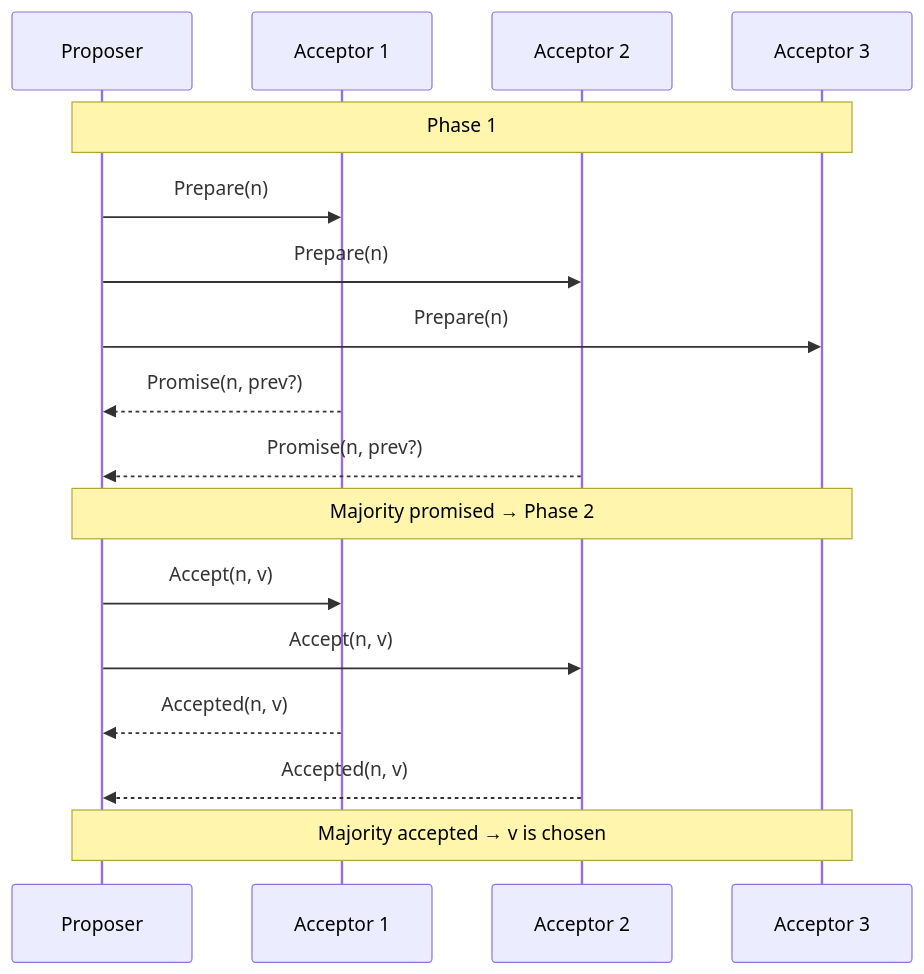
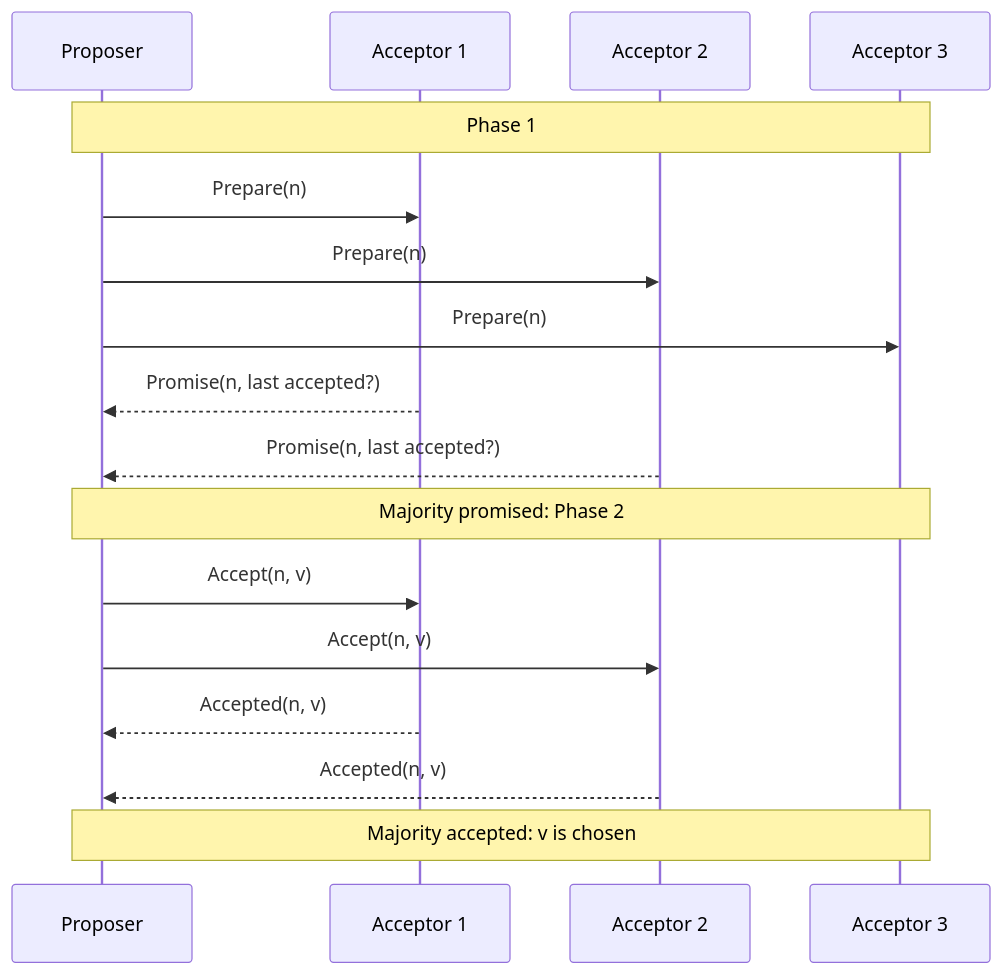
Before and after one commit to AndrewAltimit/Documentation: the third of 7 diagrams in github-pages/docs/distributed-systems/consensus-and-coordination.md, drawn with Mermaid. The commit also changed other lines of this file and 240 other files, not shown here.

````diff
--- a/github-pages/docs/distributed-systems/consensus-and-coordination.md
+++ b/github-pages/docs/distributed-systems/consensus-and-coordination.md
@@ -180,19 +184,19 @@
 ```mermaid
 sequenceDiagram
     participant Pr as Proposer
     participant A1 as Acceptor 1
     participant A2 as Acceptor 2
     participant A3 as Acceptor 3
     Note over Pr,A3: Phase 1
     Pr->>A1: Prepare(n)
     Pr->>A2: Prepare(n)
     Pr->>A3: Prepare(n)
-    A1-->>Pr: Promise(n, prev?)
-    A2-->>Pr: Promise(n, prev?)
-    Note over Pr,A3: Majority promised → Phase 2
+    A1-->>Pr: Promise(n, last accepted?)
+    A2-->>Pr: Promise(n, last accepted?)
+    Note over Pr,A3: Majority promised: Phase 2
     Pr->>A1: Accept(n, v)
     Pr->>A2: Accept(n, v)
     A1-->>Pr: Accepted(n, v)
     A2-->>Pr: Accepted(n, v)
-    Note over Pr,A3: Majority accepted → v is chosen
+    Note over Pr,A3: Majority accepted: v is chosen
 ```
````
